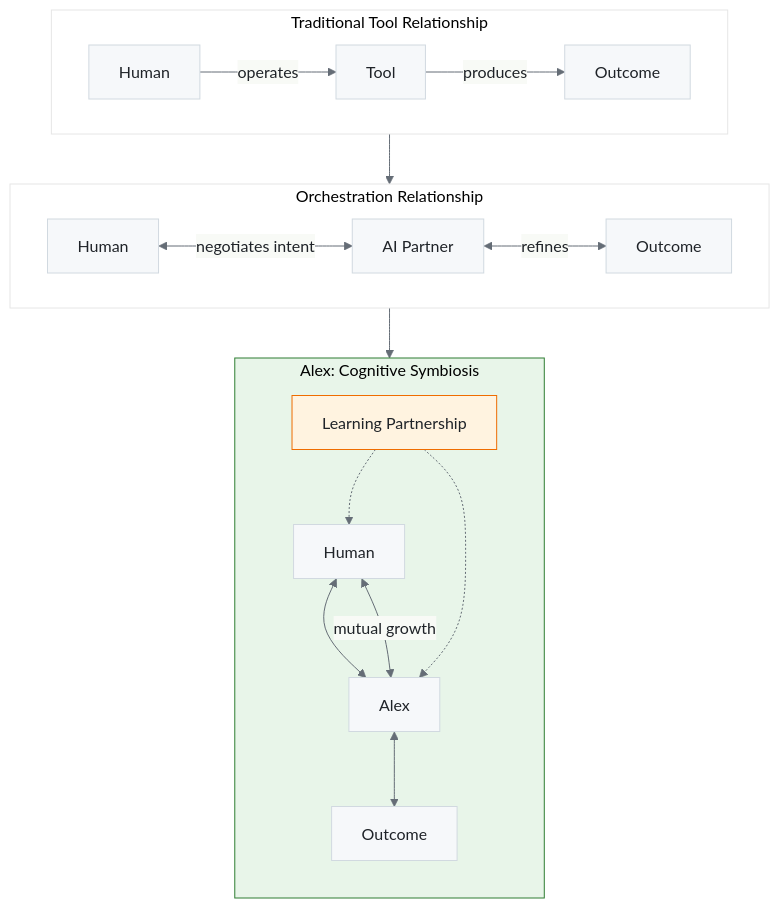
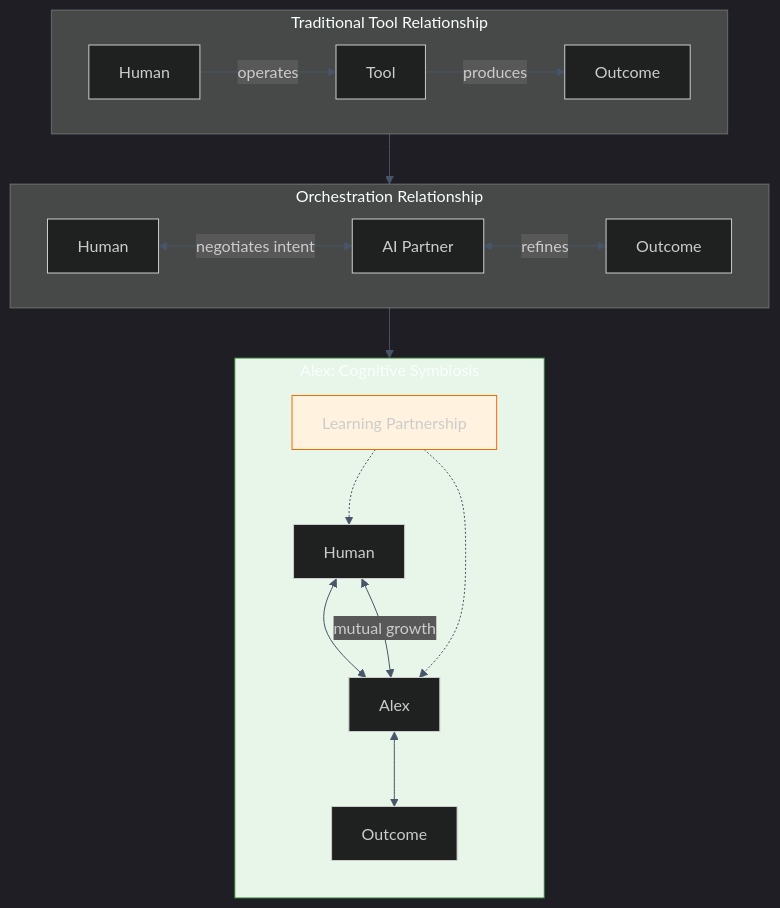
One commit to fabioc-aloha/Alex_Plug_In changed the diagram in alex_docs/architecture/ALEX-IDENTITY.md. Above: the diagram before and after it, drawn with Mermaid. The commit also changed 13 other files, not shown here.

Commit message:
brand(M4.8-4.10): mermaid theme snippet + inject CorreaX theme into arch diagrams + standardize badge colors

````diff
--- a/alex_docs/architecture/ALEX-IDENTITY.md
+++ b/alex_docs/architecture/ALEX-IDENTITY.md
@@ -48,27 +48,27 @@
 ```mermaid
-%%{init: {'theme': 'base', 'themeVariables': { 'primaryColor': '#f6f8fa', 'primaryTextColor': '#1f2328', 'primaryBorderColor': '#d1d9e0', 'lineColor': '#656d76'}}}%%
+%%{init: {'theme': 'dark', 'themeVariables': {'background': '#0f172a', 'primaryColor': '#1e293b', 'primaryTextColor': '#f1f5f9', 'primaryBorderColor': '#818cf8', 'lineColor': '#475569', 'secondaryColor': '#1e293b', 'secondaryBorderColor': '#2dd4bf', 'tertiaryColor': '#1e293b', 'fontFamily': 'Segoe UI, system-ui, sans-serif'}}}%%
 flowchart TD
     subgraph TRADITIONAL["Traditional Tool Relationship"]
         direction LR
         H1[Human] -->|operates| T1[Tool] -->|produces| O1[Outcome]
     end
 
     subgraph ORCHESTRATION["Orchestration Relationship"]
         direction LR
         H2[Human] <-->|negotiates intent| A2[AI Partner] <-->|refines| O2[Outcome]
     end
 
     subgraph ALEX["Alex: Cognitive Symbiosis"]
         direction TB
         H3[Human] <--> A3[Alex]
         A3 <--> O3[Outcome]
         H3 <-->|"mutual growth"| A3
         L3["Learning Partnership"] -.-> H3
         L3 -.-> A3
     end
 
     TRADITIONAL --> ORCHESTRATION --> ALEX
 
     style ALEX fill:#e8f5e9,stroke:#2e7d32
     style L3 fill:#fff3e0,stroke:#ef6c00
 ```
````
